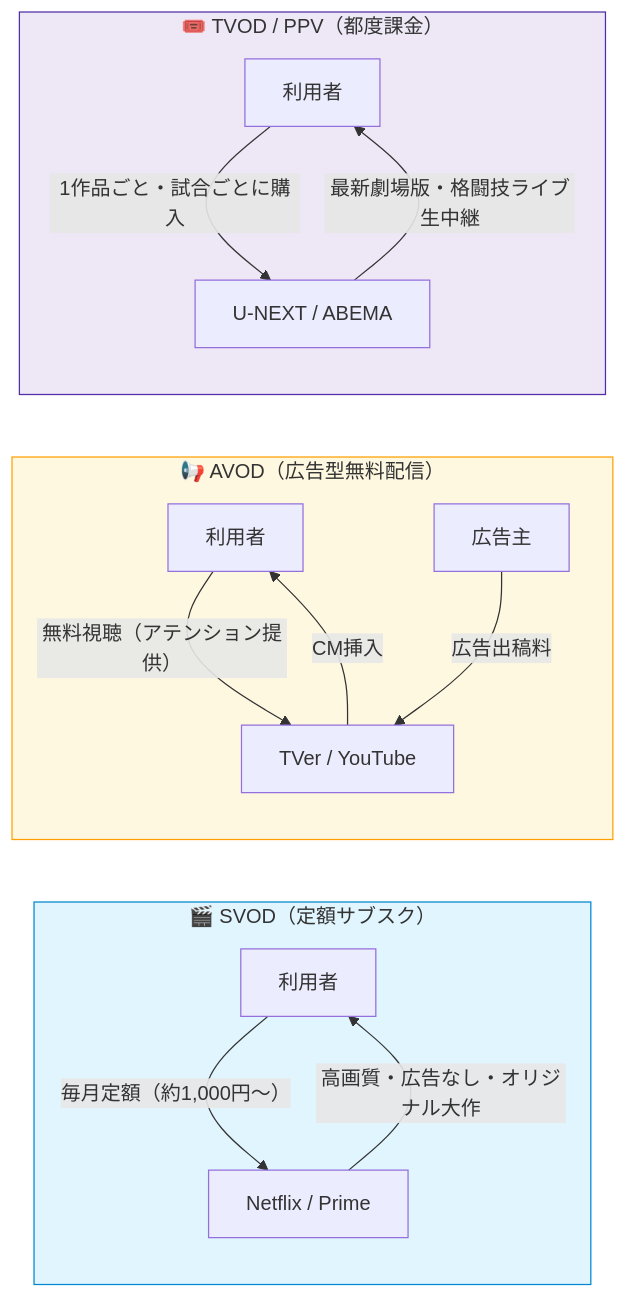
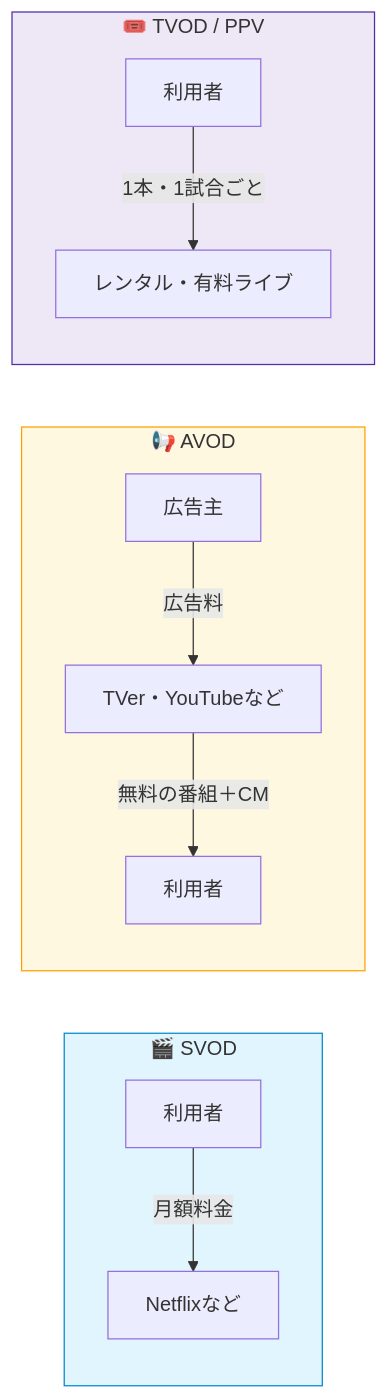
One commit to kashiwabarakenji/multimedia changed the fourth of 4 diagrams in broadcast.qmd. Above: the diagram before and after it, drawn with Mermaid. The commit also changed other lines of this file, not shown here.

````diff
--- a/broadcast.qmd
+++ b/broadcast.qmd
@@ -365,22 +394,16 @@
 ```{mermaid}
 flowchart LR
-    subgraph SVOD["🎬 SVOD（定額サブスク）"]
-        U1[利用者] -->|毎月定額（約1,000円〜）| P1["Netflix / Prime"]
-        P1 -->|高画質・広告なし・オリジナル大作| U1
+    subgraph SV["🎬 SVOD"]
+        U1["利用者"] -->|"月額料金"| P1["Netflixなど"]
     end
-
-    subgraph AVOD["📢 AVOD（広告型無料配信）"]
-        U2[利用者] -->|無料視聴（アテンション提供）| P2["TVer / YouTube"]
-        S2[広告主] -->|広告出稿料| P2
-        P2 -->|CM挿入| U2
+    subgraph AV["📢 AVOD"]
+        S2["広告主"] -->|"広告料"| P2["TVer・YouTubeなど"]
+        P2 -->|"無料の番組＋CM"| U2["利用者"]
     end
-
-    subgraph PPV["🎟️ TVOD / PPV（都度課金）"]
-        U3[利用者] -->|1作品ごと・試合ごとに購入| P3["U-NEXT / ABEMA"]
-        P3 -->|最新劇場版・格闘技ライブ生中継| U3
+    subgraph TV["🎟️ TVOD / PPV"]
+        U3["利用者"] -->|"1本・1試合ごと"| P3["レンタル・有料ライブ"]
     end
-
-    style SVOD fill:#e1f5fe,stroke:#0288d1
-    style AVOD fill:#fff8e1,stroke:#ffa000
-    style PPV fill:#ede7f6,stroke:#512da8
+    style SV fill:#e1f5fe,stroke:#0288d1
+    style AV fill:#fff8e1,stroke:#ffa000
+    style TV fill:#ede7f6,stroke:#512da8
 ```
````
